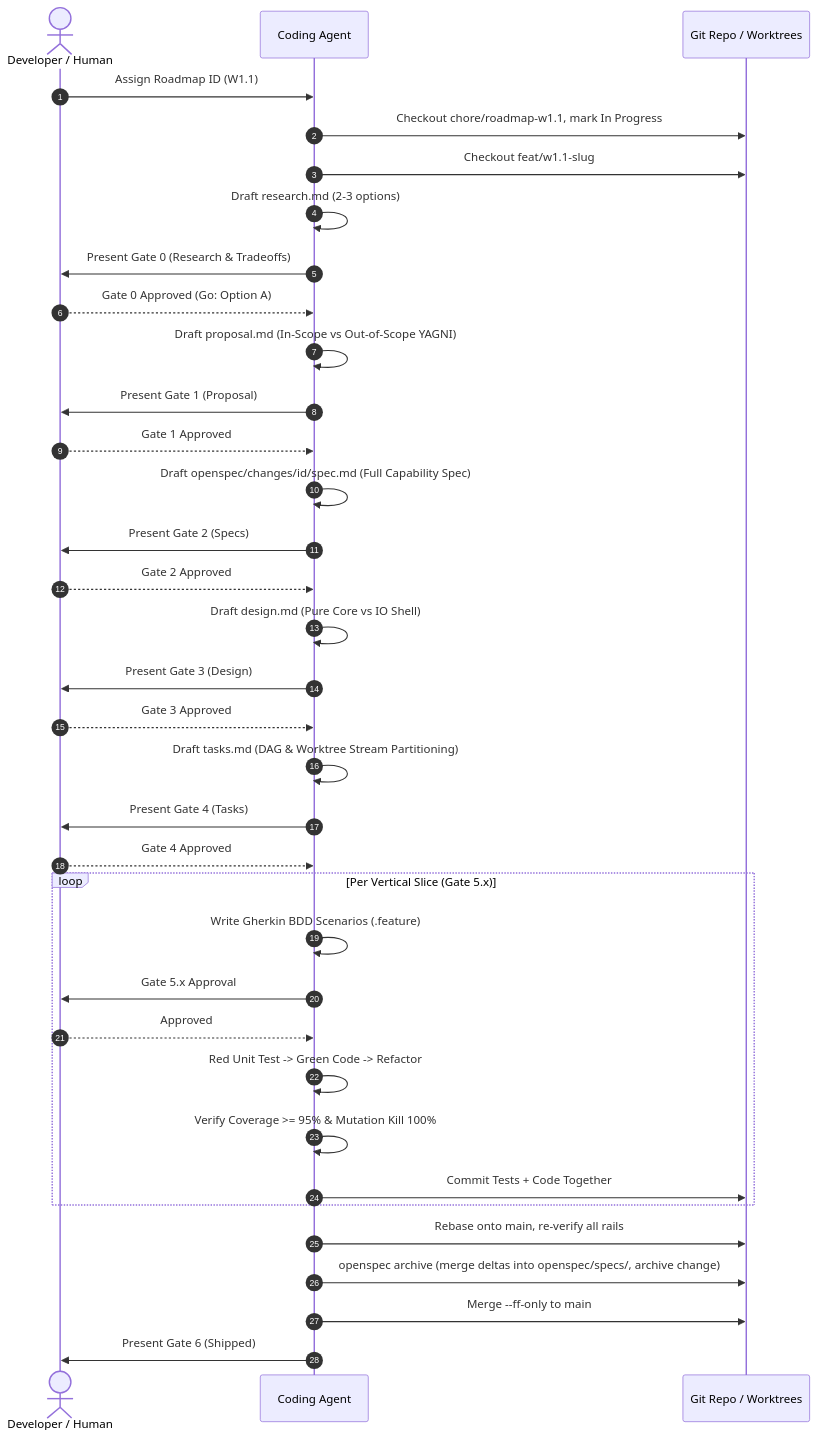
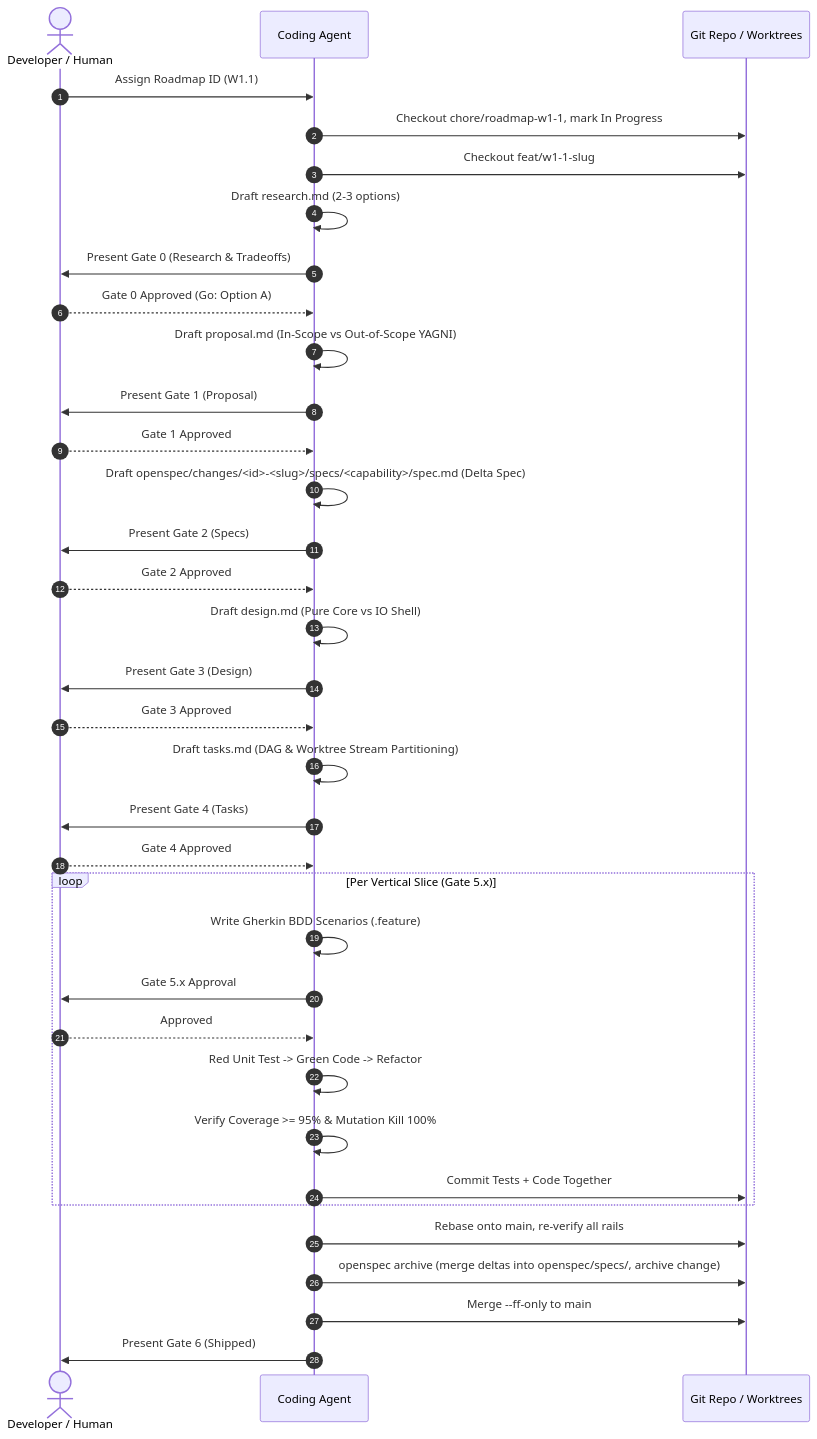
One commit to mgabs/spec-rails changed the third of 4 diagrams in docs/WAY_OF_WORKING.md. Above: the diagram before and after it, drawn with Mermaid. The commit also changed other lines of this file and 58 other files, not shown here.

````diff
--- a/docs/WAY_OF_WORKING.md
+++ b/docs/WAY_OF_WORKING.md
@@ -103,44 +103,44 @@
 ```mermaid
 sequenceDiagram
     autonumber
     actor Human as Developer / Human
     participant Agent as Coding Agent
     participant Git as Git Repo / Worktrees
 
     Human->>Agent: Assign Roadmap ID (W1.1)
-    Agent->>Git: Checkout chore/roadmap-w1.1, mark In Progress
-    Agent->>Git: Checkout feat/w1.1-slug
+    Agent->>Git: Checkout chore/roadmap-w1-1, mark In Progress
+    Agent->>Git: Checkout feat/w1-1-slug
     Agent->>Agent: Draft research.md (2-3 options)
     Agent->>Human: Present Gate 0 (Research & Tradeoffs)
     Human-->>Agent: Gate 0 Approved (Go: Option A)
 
     Agent->>Agent: Draft proposal.md (In-Scope vs Out-of-Scope YAGNI)
     Agent->>Human: Present Gate 1 (Proposal)
     Human-->>Agent: Gate 1 Approved
 
-    Agent->>Agent: Draft openspec/changes/id/spec.md (Full Capability Spec)
+    Agent->>Agent: Draft openspec/changes/<id>-<slug>/specs/<capability>/spec.md (Delta Spec)
     Agent->>Human: Present Gate 2 (Specs)
     Human-->>Agent: Gate 2 Approved
 
     Agent->>Agent: Draft design.md (Pure Core vs IO Shell)
     Agent->>Human: Present Gate 3 (Design)
     Human-->>Agent: Gate 3 Approved
 
     Agent->>Agent: Draft tasks.md (DAG & Worktree Stream Partitioning)
     Agent->>Human: Present Gate 4 (Tasks)
     Human-->>Agent: Gate 4 Approved
 
     loop Per Vertical Slice (Gate 5.x)
         Agent->>Agent: Write Gherkin BDD Scenarios (.feature)
         Agent->>Human: Gate 5.x Approval
         Human-->>Agent: Approved
         Agent->>Agent: Red Unit Test -> Green Code -> Refactor
         Agent->>Agent: Verify Coverage >= 95% & Mutation Kill 100%
         Agent->>Git: Commit Tests + Code Together
     end
 
     Agent->>Git: Rebase onto main, re-verify all rails
     Agent->>Git: openspec archive (merge deltas into openspec/specs/, archive change)
     Agent->>Git: Merge --ff-only to main
     Agent->>Human: Present Gate 6 (Shipped)
 ```
````
